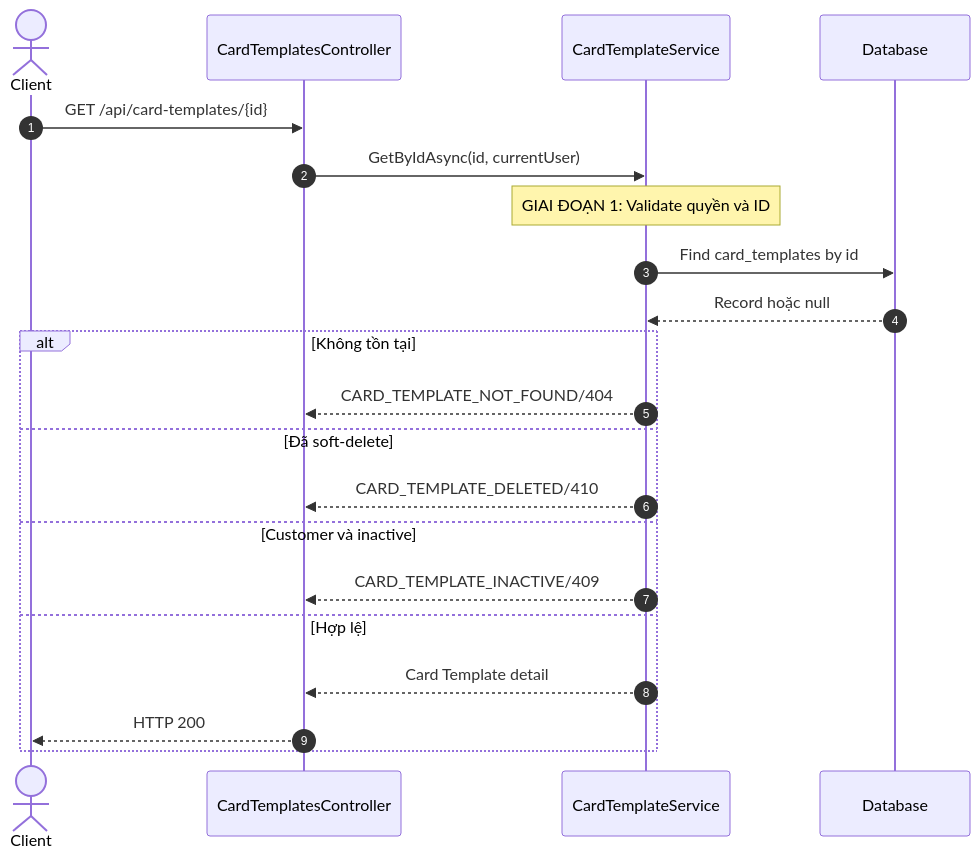
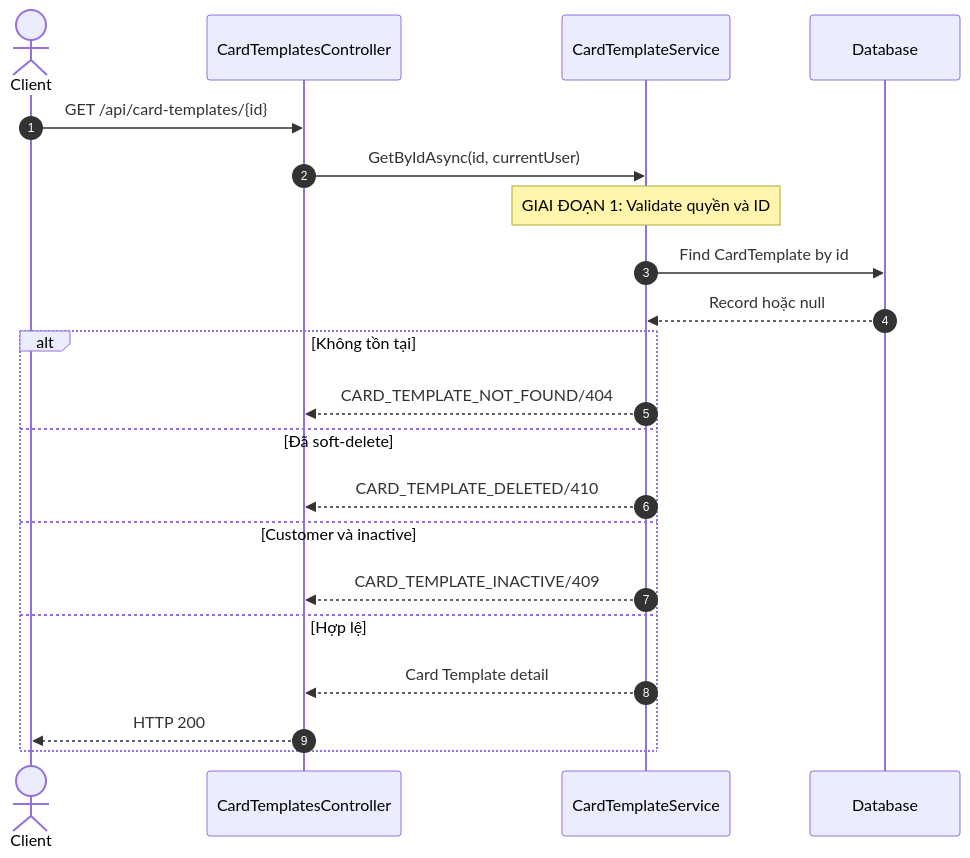
The second of 4 diagrams in HoaTheoMua.Repository/docs/tdd/TDD-023/TDD-023-lay-chi-tiet-card-template.md (TaskCoper/hoatheomua-be), drawn with Mermaid before and after one commit. The commit also changed other lines of this file and 499 other files, not shown here.

````diff
--- a/HoaTheoMua.Repository/docs/tdd/TDD-023/TDD-023-lay-chi-tiet-card-template.md
+++ b/HoaTheoMua.Repository/docs/tdd/TDD-023/TDD-023-lay-chi-tiet-card-template.md
@@ -80,24 +80,24 @@
 ```mermaid
 sequenceDiagram
     autonumber
     actor Client
     participant C as CardTemplatesController
     participant S as CardTemplateService
     participant DB as Database
 
     Client->>C: GET /api/card-templates/{id}
     C->>S: GetByIdAsync(id, currentUser)
     Note over S: GIAI ĐOẠN 1: Validate quyền và ID
-    S->>DB: Find card_templates by id
+    S->>DB: Find CardTemplate by id
     DB-->>S: Record hoặc null
     alt Không tồn tại
         S-->>C: CARD_TEMPLATE_NOT_FOUND/404
     else Đã soft-delete
         S-->>C: CARD_TEMPLATE_DELETED/410
     else Customer và inactive
         S-->>C: CARD_TEMPLATE_INACTIVE/409
     else Hợp lệ
         S-->>C: Card Template detail
         C-->>Client: HTTP 200
     end
 ```
````
